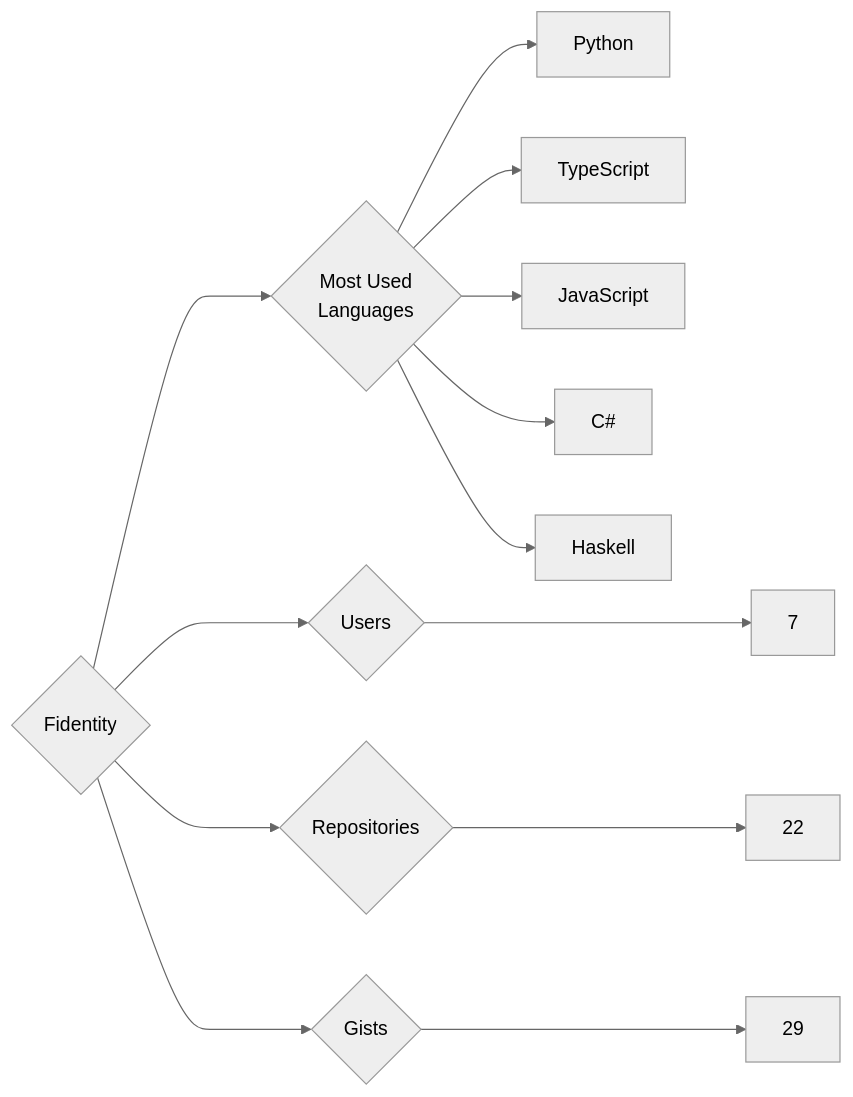
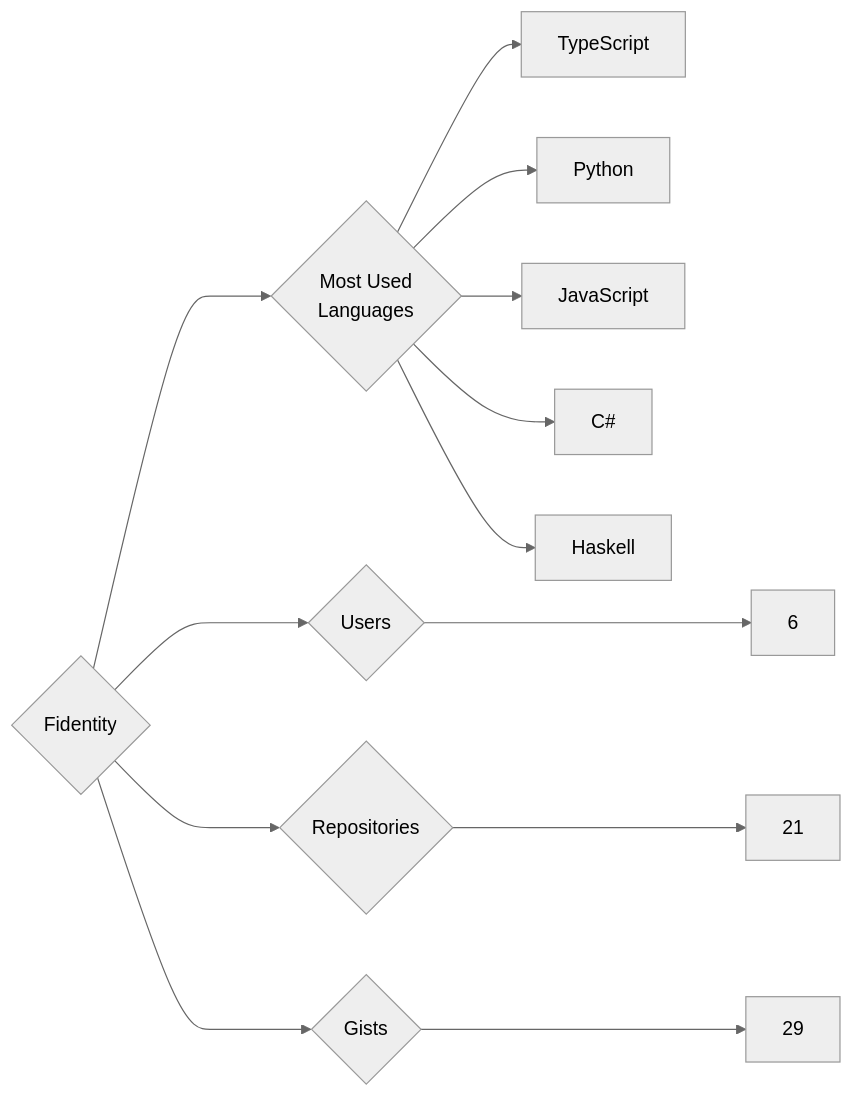
Before and after one commit to trickest/insiders: the diagram in targets/Fidentity/README.md, drawn with Mermaid (neutral theme). The commit also changed 912 other files, not shown here.

````diff
--- a/targets/Fidentity/README.md
+++ b/targets/Fidentity/README.md
@@ -3,13 +3,13 @@
 ```mermaid
 graph LR
 COMPANY_NAME{Fidentity}
-COMPANY_NAME ---> U{Users} ---> UN[7]
-COMPANY_NAME ---> R{Repositories} ---> RN[22]
+COMPANY_NAME ---> U{Users} ---> UN[6]
+COMPANY_NAME ---> R{Repositories} ---> RN[21]
 COMPANY_NAME ---> G{Gists} ---> GN[29]
 COMPANY_NAME ---> ML{Most Used<br>Languages}
+ML --> TypeScript[TypeScript]
 ML --> Python[Python]
-ML --> TypeScript[TypeScript]
 ML --> JavaScript[JavaScript]
 ML --> C#[C#]
 ML --> Haskell[Haskell]
 ```
````
